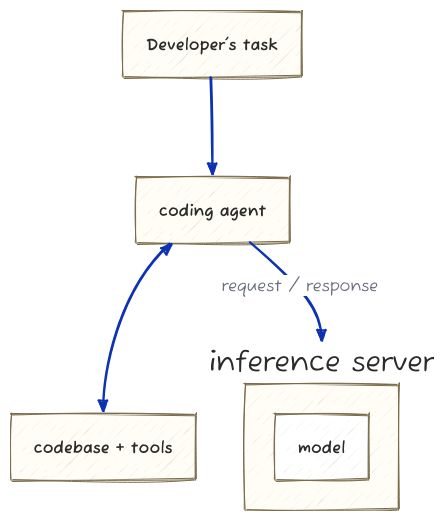
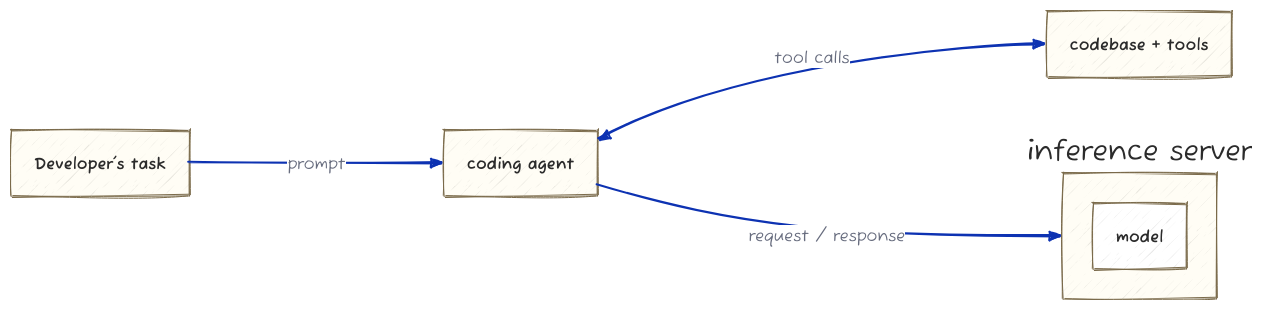
One commit to pauleveritt/satyrn-evals changed the diagram in docs/diagrams/agent-big-picture.d2. Above: the diagram before and after it, drawn with D2. The commit also changed 1 other file, not shown here.

Commit message:
docs: diagram 1 — horizontal layout, prompt and tool-calls edge labels

```diff
--- a/docs/diagrams/agent-big-picture.d2
+++ b/docs/diagrams/agent-big-picture.d2
@@ -1,54 +1,54 @@
 vars: {
   d2-config: { sketch: true }
 }
-direction: down
+direction: right
 
 "Developer's task": {
   style: {
     fill: "#fffdf5"
     font-color: "#2b2b2b"
     stroke: "#7a6a4a"
     stroke-width: 1
     border-radius: 8
   }
 }
 "coding agent": {
   style: {
     fill: "#fffdf5"
     font-color: "#2b2b2b"
     stroke: "#7a6a4a"
     stroke-width: 1
     border-radius: 8
   }
 }
 "codebase + tools": {
   style: {
     fill: "#fffdf5"
     font-color: "#2b2b2b"
     stroke: "#7a6a4a"
     stroke-width: 1
     border-radius: 8
   }
 }
 "inference server": {
   style: {
     fill: "#fffdf5"
     font-color: "#2b2b2b"
     stroke: "#7a6a4a"
     stroke-width: 1
     border-radius: 8
   }
   "model": {
     style: {
       fill: "#ffffff"
       font-color: "#2b2b2b"
       stroke: "#7a6a4a"
       stroke-width: 1
       border-radius: 6
     }
   }
 }
 
-"Developer's task" -> "coding agent": ""
-"coding agent" <-> "codebase + tools"
+"Developer's task" -> "coding agent": prompt
+"coding agent" <-> "codebase + tools": "tool calls"
 "coding agent" -> "inference server": "request / response"
```
